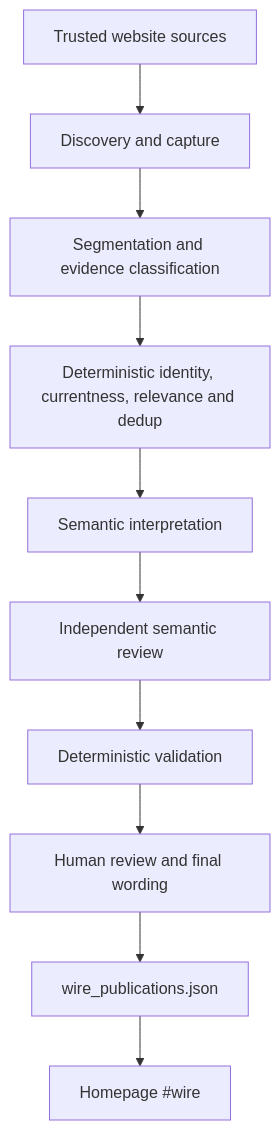
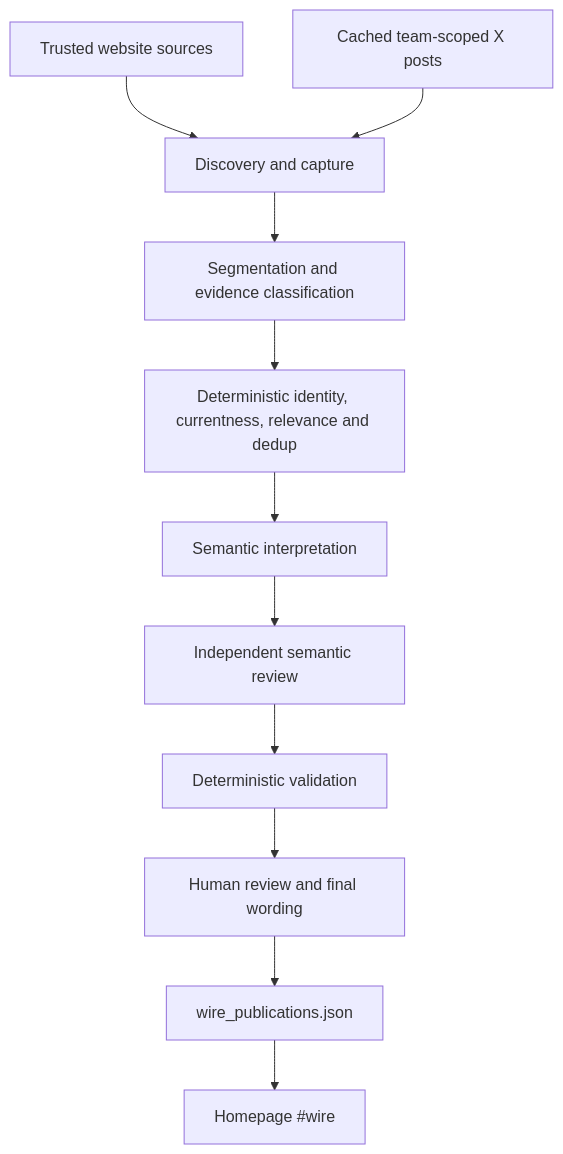
The diagram in docs/WIRE_HANDOFF.md (rdamato720/lineupbeat), drawn with Mermaid before and after one commit. The commit also changed other lines of this file and 7 other files, not shown here.

Commit message:
Add cached X posts to Wire review

````diff
--- a/docs/WIRE_HANDOFF.md
+++ b/docs/WIRE_HANDOFF.md
@@ -62,12 +73,13 @@
 ```mermaid
 flowchart TD
   A["Trusted website sources"] --> B["Discovery and capture"]
+  X["Cached team-scoped X posts"] --> B
   B --> C["Segmentation and evidence classification"]
   C --> D["Deterministic identity, currentness, relevance and dedup"]
   D --> E["Semantic interpretation"]
   E --> F["Independent semantic review"]
   F --> G["Deterministic validation"]
   G --> H["Human review and final wording"]
   H --> I["wire_publications.json"]
   I --> J["Homepage #wire"]
 ```
````
